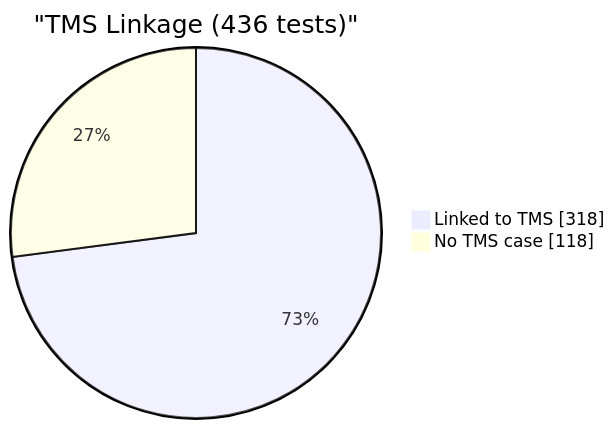
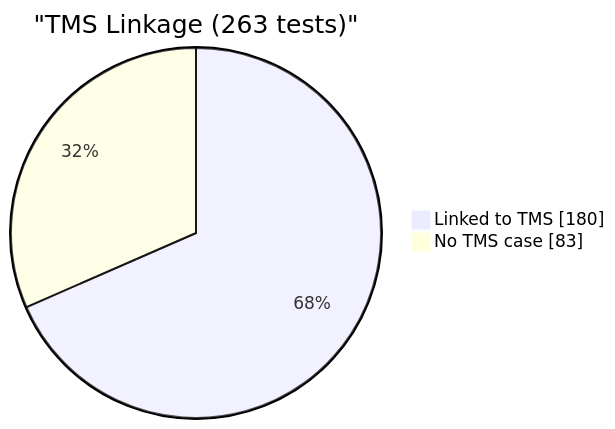
Before and after one commit to EliteaAI/onetest-ai-tm-Elitea: the fourth of 4 diagrams in reports/dashboard.md, drawn with Mermaid. The commit also changed other lines of this file and 1 other file, not shown here.

````diff
--- a/reports/dashboard.md
+++ b/reports/dashboard.md
@@ -77,6 +77,6 @@
 ```mermaid
 pie showData
-    title "TMS Linkage (436 tests)"
-    "Linked to TMS" : 318
-    "No TMS case" : 118
+    title "TMS Linkage (263 tests)"
+    "Linked to TMS" : 180
+    "No TMS case" : 83
 ```
````
